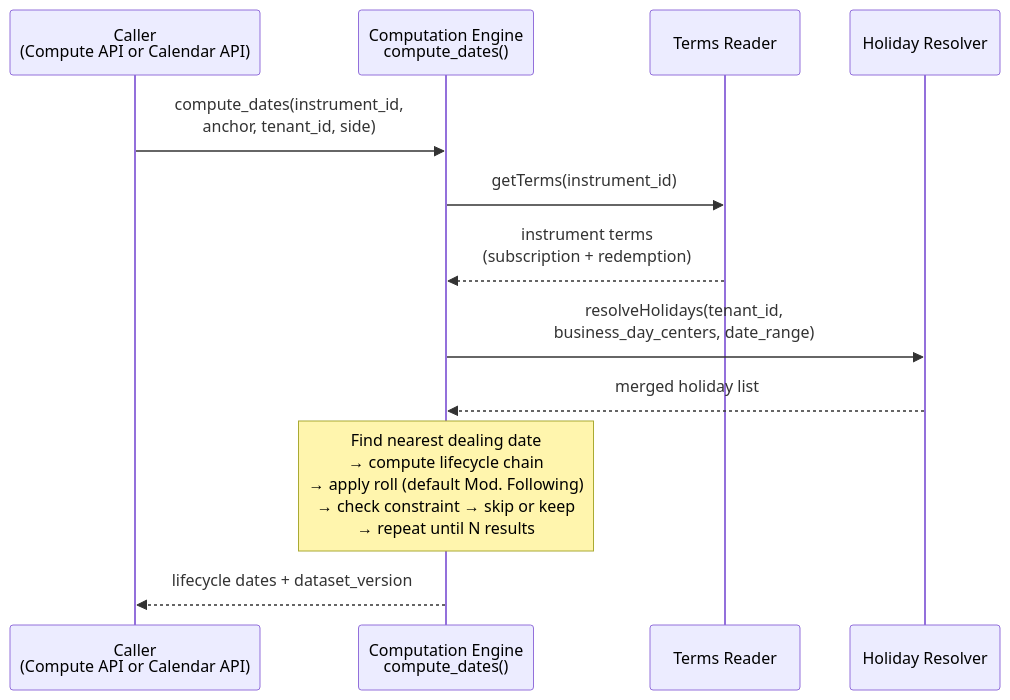
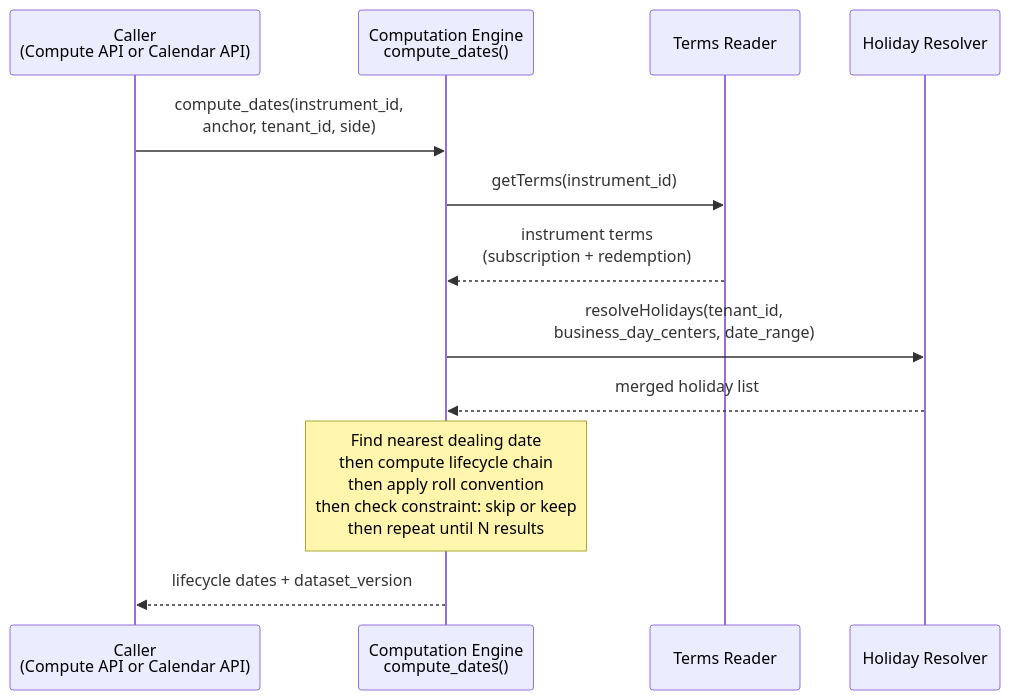
One commit to Ashu290905/OSYTE changed the fourth of 5 diagrams in lcs-main/docs/architecture_new.md. Above: the diagram before and after it, drawn with Mermaid. The commit also changed other lines of this file, not shown here.

Commit message:
Update architecture_new.md with latest version

````diff
--- a/lcs-main/docs/architecture_new.md
+++ b/lcs-main/docs/architecture_new.md
@@ -329,18 +329,18 @@
 ```mermaid
 sequenceDiagram
     participant Caller as Caller<br/>(Compute API or Calendar API)
     participant CE as Computation Engine<br/>compute_dates()
     participant TR as Terms Reader
     participant HR as Holiday Resolver
 
     Caller->>CE: compute_dates(instrument_id,<br/>anchor, tenant_id, side)
 
     CE->>TR: getTerms(instrument_id)
     TR-->>CE: instrument terms<br/>(subscription + redemption)
 
     CE->>HR: resolveHolidays(tenant_id,<br/>business_day_centers, date_range)
     HR-->>CE: merged holiday list
 
-    Note over CE: Find nearest dealing date<br/>→ compute lifecycle chain<br/>→ apply roll (default Mod. Following)<br/>→ check constraint → skip or keep<br/>→ repeat until N results
+    Note over CE: Find nearest dealing date<br/>then compute lifecycle chain<br/>then apply roll convention<br/>then check constraint: skip or keep<br/>then repeat until N results
     CE-->>Caller: lifecycle dates + dataset_version
 ```
````
